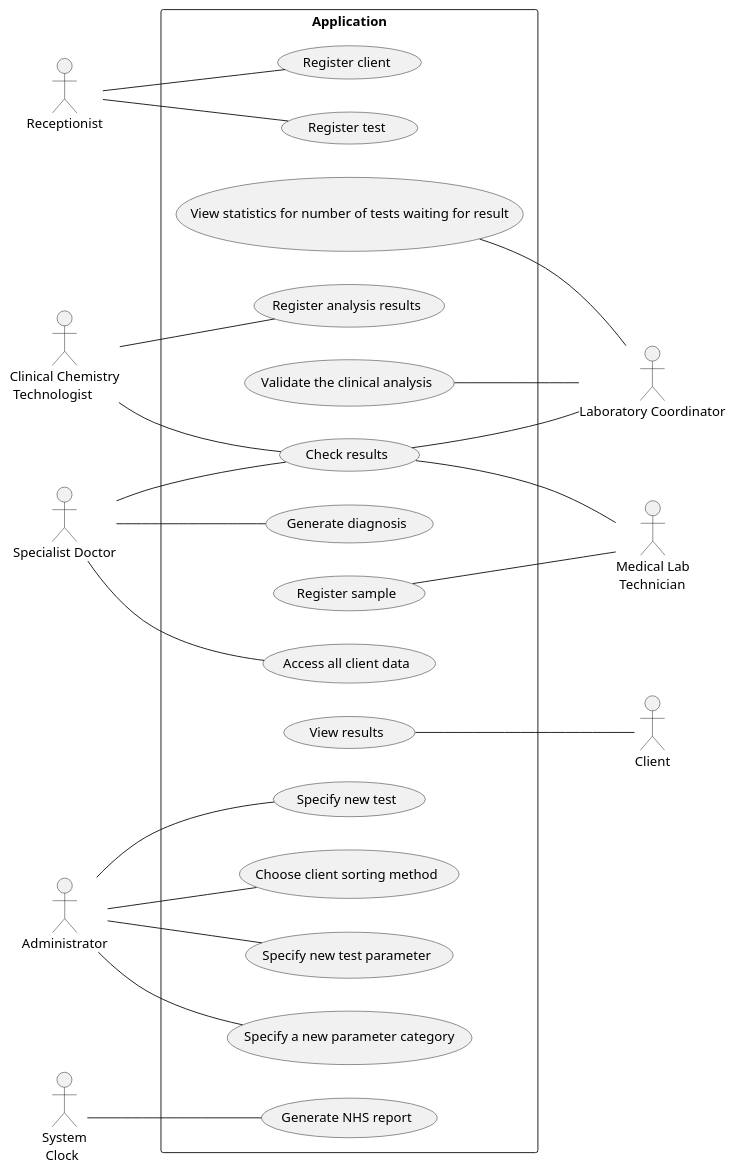
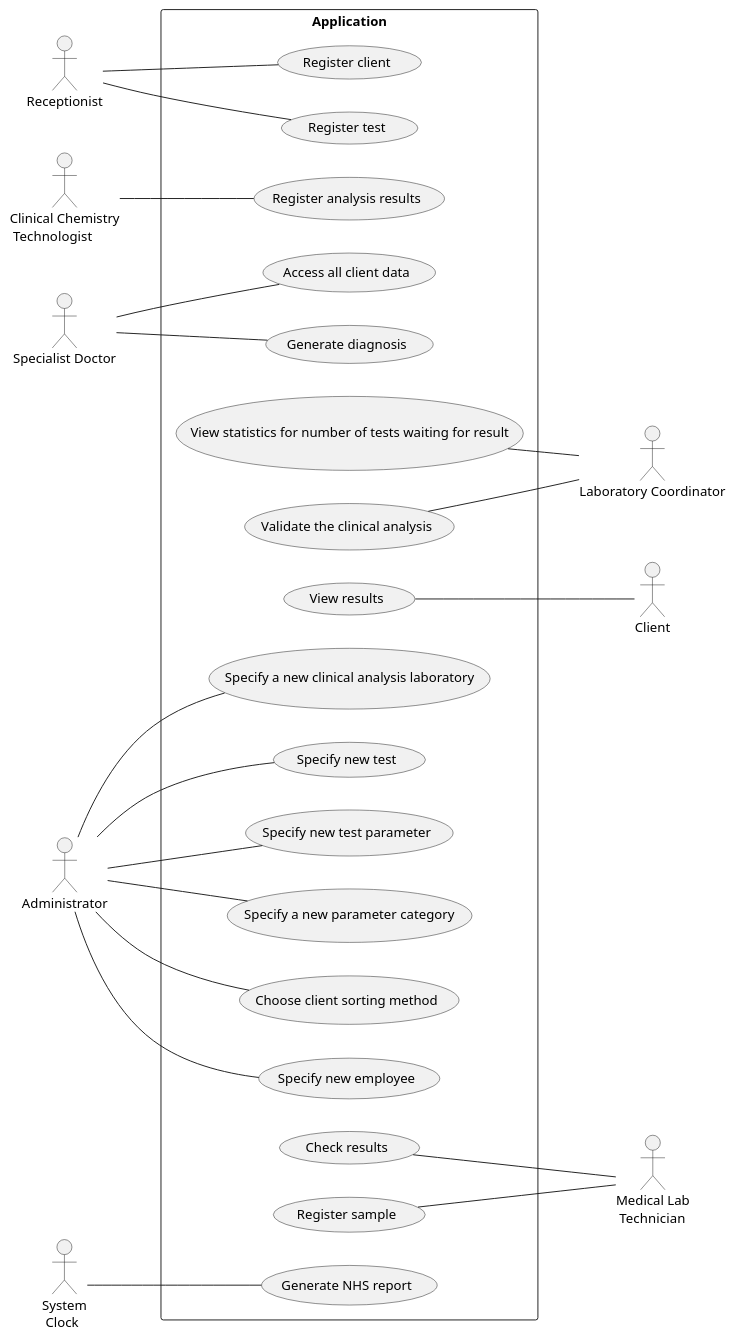
The diagram in docs/SprintB/UCD.puml (MadDinosaur/ISEP-LAPR2), drawn with PlantUML before and after one commit. The commit also changed 1 other file, not shown here.

```diff
--- a/docs/SprintB/UCD.puml
+++ b/docs/SprintB/UCD.puml
@@ -1,53 +1,54 @@
 @startuml
 'https://plantuml.com/use-case-diagram
 
 left to right direction
 skinparam packageStyle rectangle
 'Actors
 :Receptionist:
 :Medical Lab\n Technician: as MLT
 :Clinical Chemistry\n Technologist: as CCT
 :Specialist Doctor: as Doctor
 :Laboratory Coordinator: as LC
 :Client:
 :Administrator:
 :System\n Clock: as Clock
 
 package Application {
     (Register test) as UC1
-    (Register client) as UC2
-    (Register sample) as UC3
+    (Register client) as UC3
     (Register analysis results) as UC4
     (Generate diagnosis) as UC5
+    (Generate NHS report) as UC12
+    (Validate the clinical analysis) as UC13
+    (View results) as UC14
+    (Check results) as UC15
     (Choose client sorting method) as UC6
-    (Validate the clinical analysis) as UC7
-    (View results) as UC8
-    (Check results) as UC9
-    (View statistics for number of tests waiting for result) as UC10
-    (Access all client data) as UC11
-    (Generate NHS report) as UC12
-    (Specify new test) as UC13
-    (Specify new test parameter) as UC14
-    (Specify a new parameter category) as UC15
+    (Specify new employee) as UC7
+    (Specify a new clinical analysis laboratory) as UC8
+    (Specify new test) as UC9
+    (Specify new test parameter) as UC10
+    (Specify a new parameter category) as UC11
+    (Register sample) as UC2
+    (View statistics for number of tests waiting for result) as UC16
+    (Access all client data) as UC17
 }
 
 'Use Cases
 Receptionist -- UC1
-Receptionist -- UC2
-UC3 -- MLT
+Receptionist -- UC3
 CCT -- UC4
 Doctor -- UC5
+UC13 -- LC
+UC14 -- Client
+UC2 -- MLT
+UC15 -- MLT
 Administrator -- UC6
-UC7 -- LC
-UC8 -- Client
-UC9 -- MLT
-CCT -- UC9
-UC9 -- LC
-Doctor -- UC9
-LC -- UC10
-Doctor -- UC11
+Administrator -- UC7
+Administrator -- UC8
+Administrator -- UC9
+Administrator -- UC10
+Administrator -- UC11
+UC16 -- LC
+Doctor -- UC17
 Clock -- UC12
-Administrator -- UC13
-Administrator -- UC14
-Administrator -- UC15
 @enduml
```
